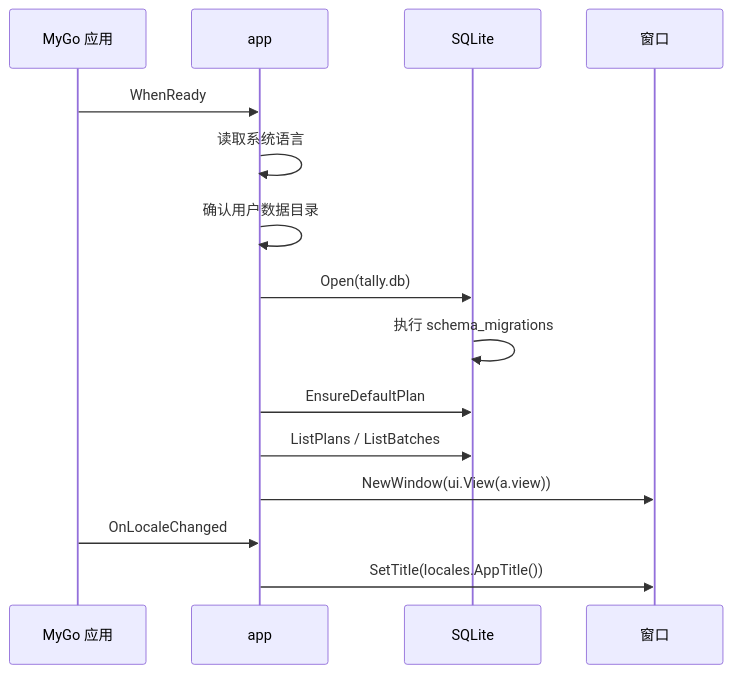
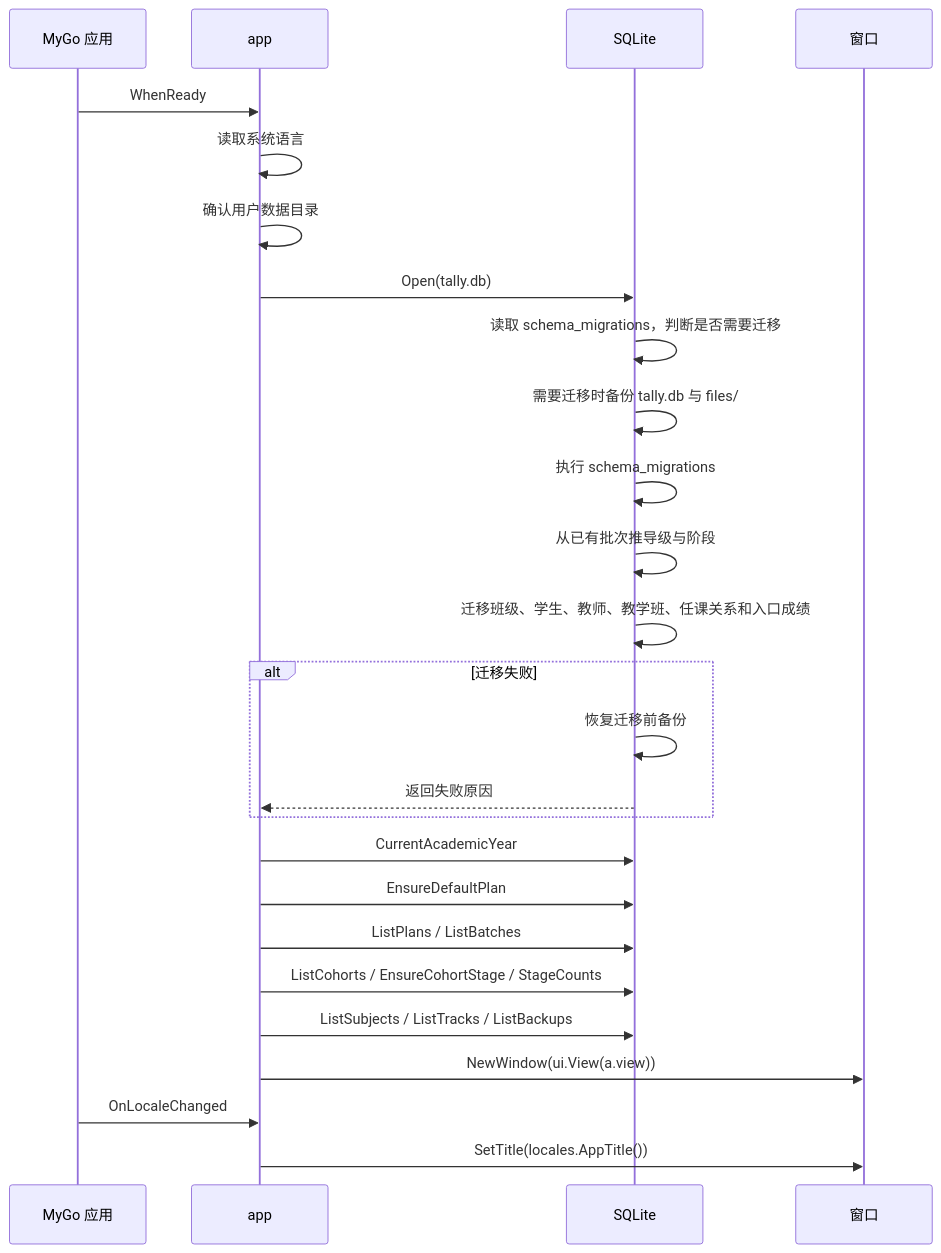
Before and after one commit to SivonLi/Tally: the second of 6 diagrams in docs/system-design.md, drawn with Mermaid. The commit also changed other lines of this file and 3 other files, not shown here.

````diff
--- a/docs/system-design.md
+++ b/docs/system-design.md
@@ -91,17 +163,28 @@
 ```mermaid
 sequenceDiagram
   participant App as MyGo 应用
   participant A as app
   participant DB as SQLite
   participant UI as 窗口
   App->>A: WhenReady
   A->>A: 读取系统语言
   A->>A: 确认用户数据目录
   A->>DB: Open(tally.db)
+  DB->>DB: 读取 schema_migrations，判断是否需要迁移
+  DB->>DB: 需要迁移时备份 tally.db 与 files/
   DB->>DB: 执行 schema_migrations
+  DB->>DB: 从已有批次推导级与阶段
+  DB->>DB: 迁移班级、学生、教师、教学班、任课关系和入口成绩
+  alt 迁移失败
+    DB->>DB: 恢复迁移前备份
+    DB-->>A: 返回失败原因
+  end
+  A->>DB: CurrentAcademicYear
   A->>DB: EnsureDefaultPlan
   A->>DB: ListPlans / ListBatches
+  A->>DB: ListCohorts / EnsureCohortStage / StageCounts
+  A->>DB: ListSubjects / ListTracks / ListBackups
   A->>UI: NewWindow(ui.View(a.view))
   App->>A: OnLocaleChanged
   A->>UI: SetTitle(locales.AppTitle())
 ```
````
